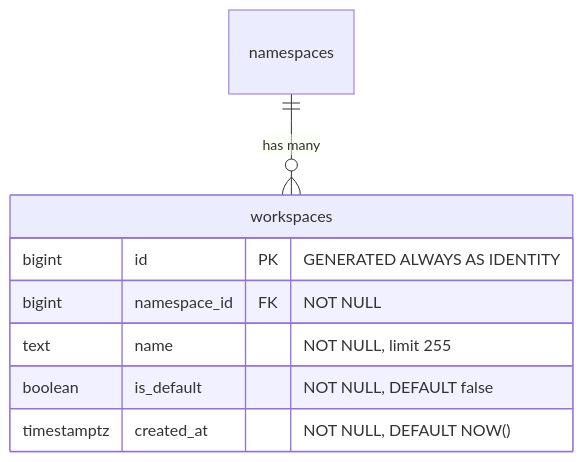
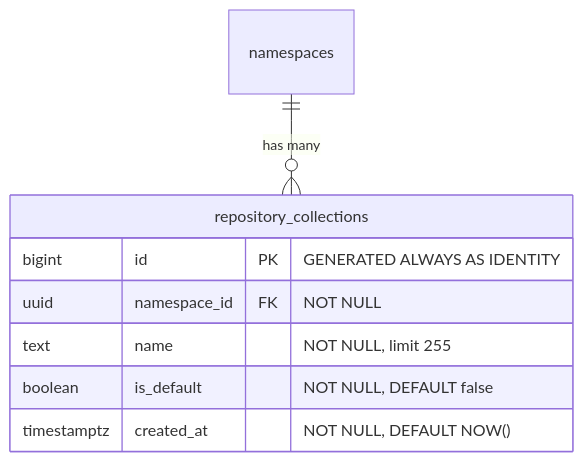
The second of 17 diagrams in content/handbook/engineering/architecture/design-documents/artifact_registry/decisions/007_database_schema.md (kyama0/gitlab-handbook-ja), drawn with Mermaid before and after one commit. The commit also changed other lines of this file and 10 other files, not shown here.

Commit message:
translation: update 10 modified engineering architecture artifact_registry + ai editor-extensions files

````diff
--- a/content/handbook/engineering/architecture/design-documents/artifact_registry/decisions/007_database_schema.md
+++ b/content/handbook/engineering/architecture/design-documents/artifact_registry/decisions/007_database_schema.md
@@ -71,12 +71,12 @@
 ```mermaid
 erDiagram
-    namespaces ||--o{ workspaces : "has many"
+    namespaces ||--o{ repository_collections : "has many"
 
-    workspaces {
+    repository_collections {
         bigint id PK "GENERATED ALWAYS AS IDENTITY"
-        bigint namespace_id FK "NOT NULL"
+        uuid namespace_id FK "NOT NULL"
         text name "NOT NULL, limit 255"
         boolean is_default "NOT NULL, DEFAULT false"
         timestamptz created_at "NOT NULL, DEFAULT NOW()"
     }
 ```
````
